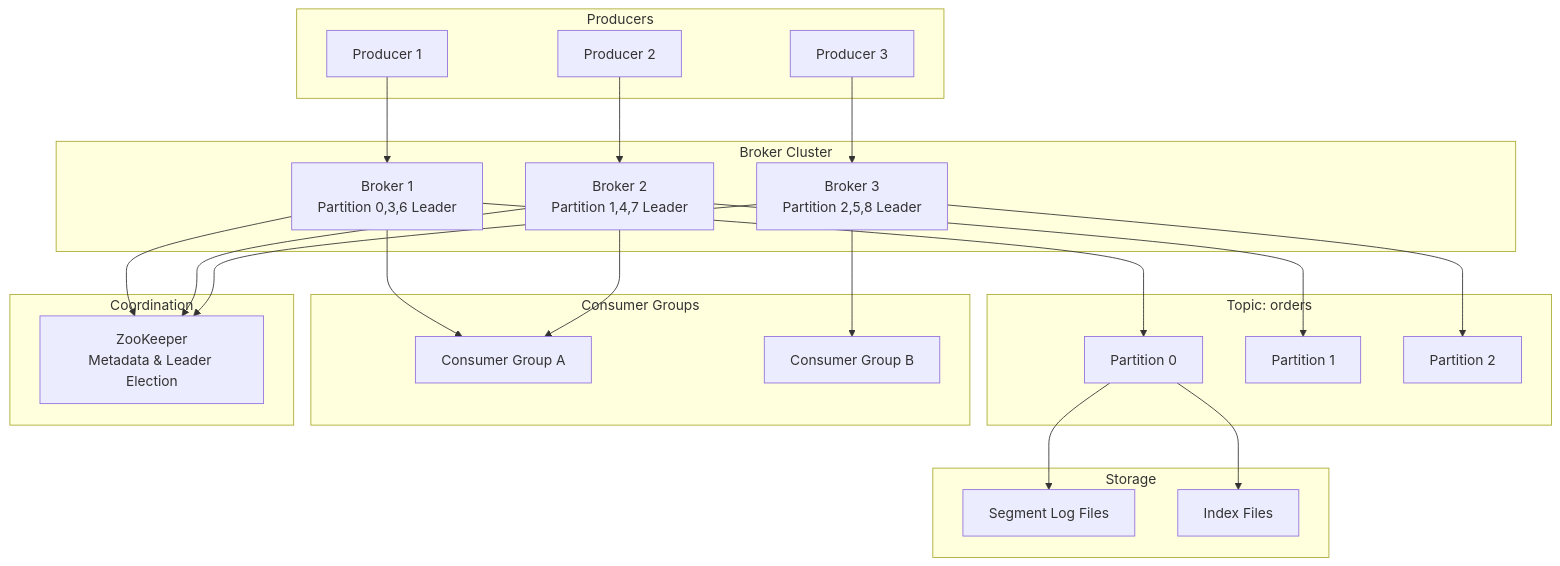
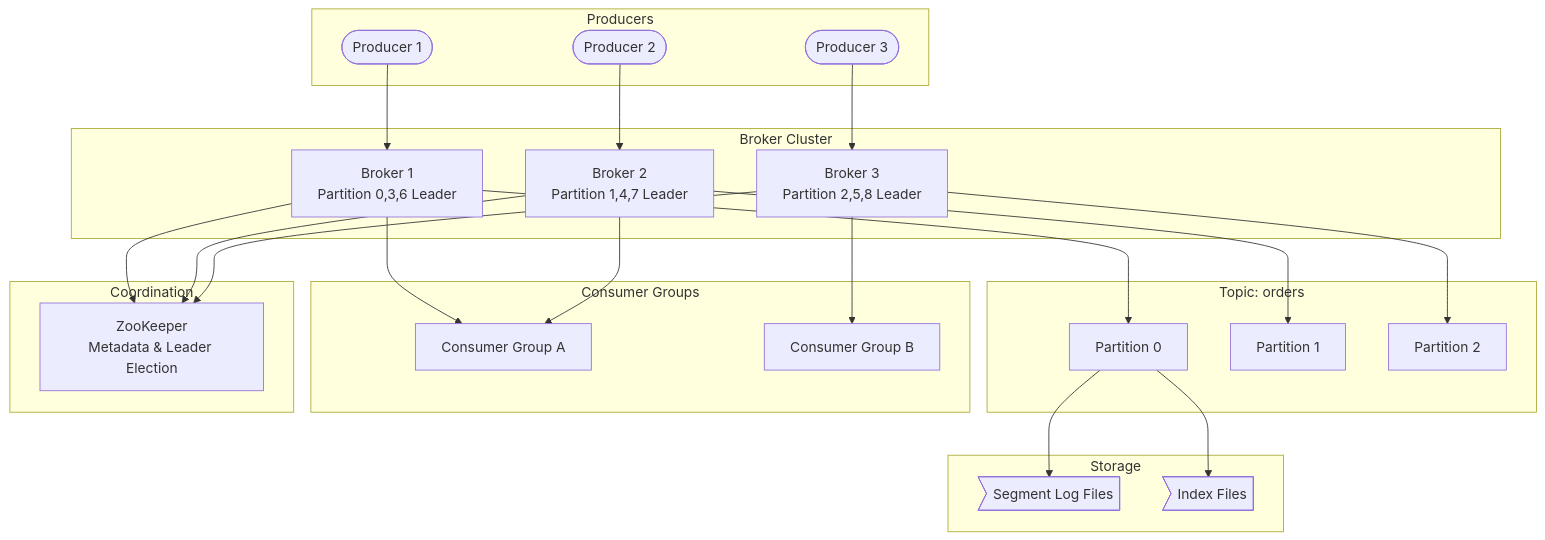
One commit to ShanmugaGanesh1999/Portfolio changed the diagram in docs/prep/System Design/06-Case-Studies/14-message-queue.md. Above: the diagram before and after it, drawn with Mermaid. The commit also changed 40 other files, not shown here.

First line of the commit message:
Refactor diagram node rendering to use reusable shape components

````diff
--- a/docs/prep/System Design/06-Case-Studies/14-message-queue.md
+++ b/docs/prep/System Design/06-Case-Studies/14-message-queue.md
@@ -48,49 +48,49 @@
 ```mermaid
 graph TD
     subgraph Producers
-        P1[Producer 1]
-        P2[Producer 2]
-        P3[Producer 3]
+        P1([Producer 1])
+        P2([Producer 2])
+        P3([Producer 3])
     end
     
     subgraph Broker Cluster
         B1[Broker 1<br/>Partition 0,3,6 Leader]
         B2[Broker 2<br/>Partition 1,4,7 Leader]
         B3[Broker 3<br/>Partition 2,5,8 Leader]
     end
     
     subgraph Topic: orders
         P0[Partition 0]
         P1T[Partition 1]
         P2T[Partition 2]
     end
     
     subgraph Storage
-        LOG1[Segment Log Files]
-        LOG2[Index Files]
+        LOG1>Segment Log Files]
+        LOG2>Index Files]
     end
     
     subgraph Consumer Groups
         CG1[Consumer Group A]
         CG2[Consumer Group B]
     end
     
     subgraph Coordination
         ZK[ZooKeeper<br/>Metadata & Leader Election]
     end
     
     P1 --> B1
     P2 --> B2
     P3 --> B3
     B1 --> P0
     B2 --> P1T
     B3 --> P2T
     P0 --> LOG1
     P0 --> LOG2
     B1 --> CG1
     B2 --> CG1
     B3 --> CG2
     B1 --> ZK
     B2 --> ZK
     B3 --> ZK
 ```
````
